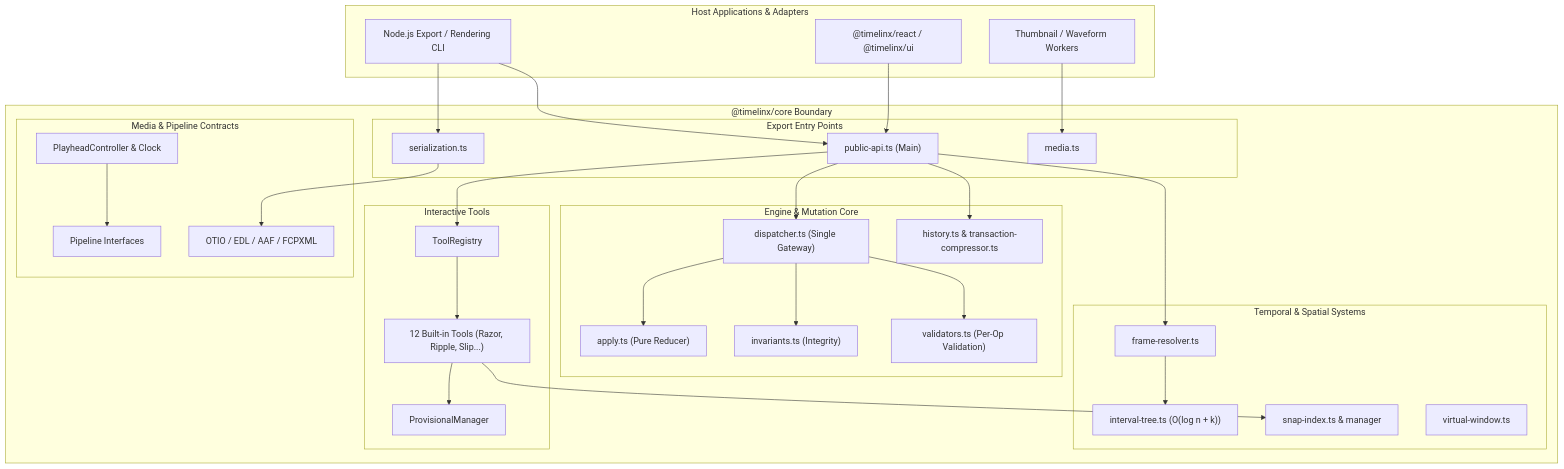
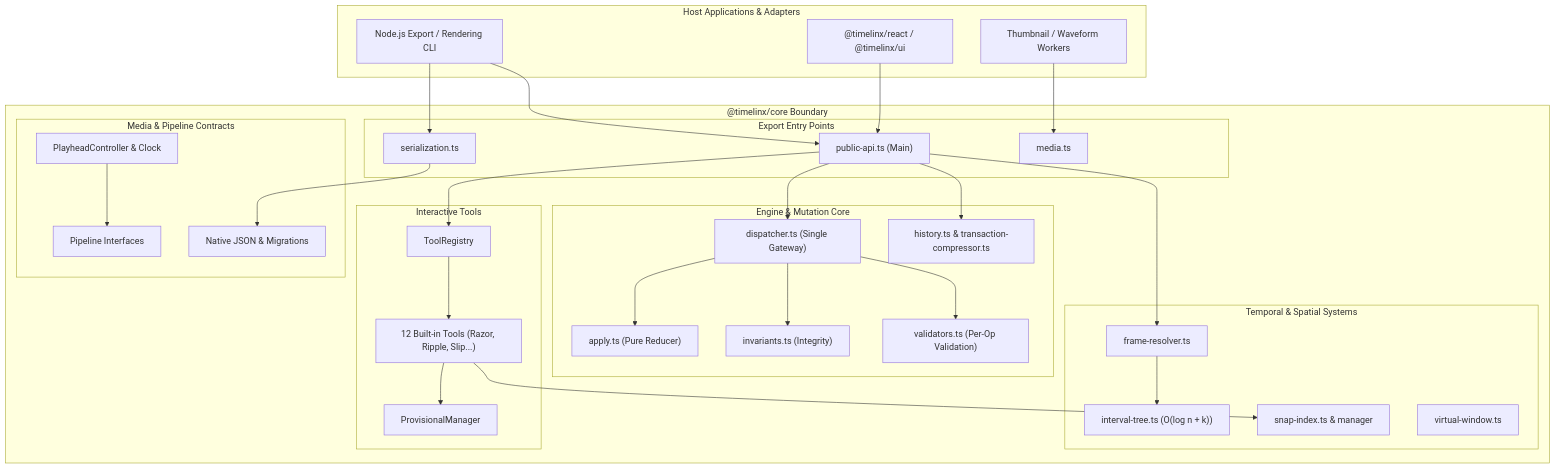
The first of 4 diagrams in docs/ARCHITECTURE.md (maanaaasss/timelinx), drawn with Mermaid before and after one commit. The commit also changed other lines of this file and 33 other files, not shown here.

````diff
--- a/docs/ARCHITECTURE.md
+++ b/docs/ARCHITECTURE.md
@@ -96,65 +97,65 @@
 ```mermaid
 graph TD
     subgraph Consumers["Host Applications & Adapters"]
         REACT["@timelinx/react / @timelinx/ui"]
         WORKER["Thumbnail / Waveform Workers"]
         NODE["Node.js Export / Rendering CLI"]
     end
 
     subgraph Core["@timelinx/core Boundary"]
         subgraph EntryPoints["Export Entry Points"]
             PUB["public-api.ts (Main)"]
             SER["serialization.ts"]
             MED["media.ts"]
         end
 
         subgraph CoreEngine["Engine & Mutation Core"]
             DISPATCH["dispatcher.ts (Single Gateway)"]
             APPLY["apply.ts (Pure Reducer)"]
             INVAR["invariants.ts (Integrity)"]
             VAL["validators.ts (Per-Op Validation)"]
             HIST["history.ts & transaction-compressor.ts"]
         end
 
         subgraph MathAndIndex["Temporal & Spatial Systems"]
             FRAME["frame-resolver.ts"]
             TREE["interval-tree.ts (O(log n + k))"]
             SNAP["snap-index.ts & manager"]
             VIRT["virtual-window.ts"]
         end
 
         subgraph ToolSubsystem["Interactive Tools"]
             REG["ToolRegistry"]
             PROV["ProvisionalManager"]
             TOOLS["12 Built-in Tools (Razor, Ripple, Slip...)"]
         end
 
         subgraph PipelineSubsystem["Media & Pipeline Contracts"]
             PLAYHEAD["PlayheadController & Clock"]
             PIPETYPE["Pipeline Interfaces"]
-            INTERCHANGE["OTIO / EDL / AAF / FCPXML"]
+            INTERCHANGE["Native JSON & Migrations"]
         end
     end
 
     REACT --> PUB
     WORKER --> MED
     NODE --> SER
     NODE --> PUB
 
     PUB --> DISPATCH
     PUB --> REG
     PUB --> HIST
     PUB --> FRAME
 
     DISPATCH --> VAL
     DISPATCH --> APPLY
     DISPATCH --> INVAR
 
     REG --> TOOLS
     TOOLS --> PROV
     TOOLS --> SNAP
 
     FRAME --> TREE
     PLAYHEAD --> PIPETYPE
     SER --> INTERCHANGE
 ```
````
